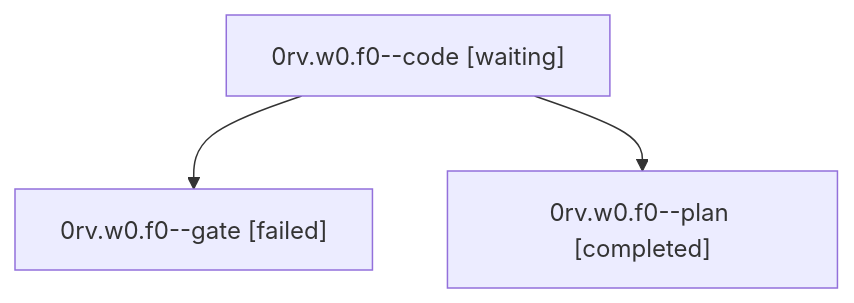
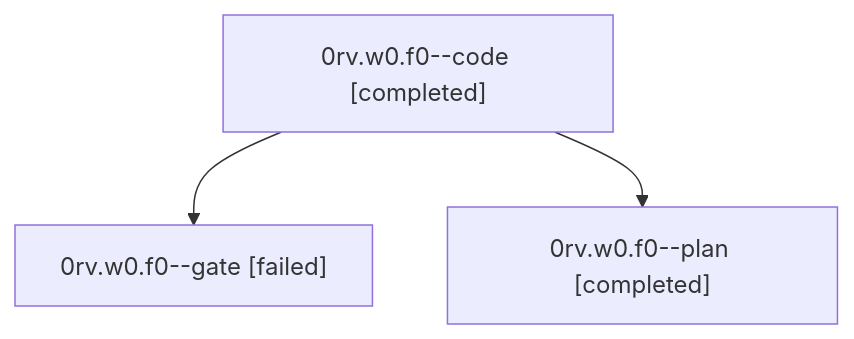
Before and after one commit to sase-org/sase--agents: the diagram in sessions/bbugyi200.athena.0rv.w0.f0.md, drawn with Mermaid. The commit also changed other lines of this file and 22 other files, not shown here.

````diff
--- a/sessions/bbugyi200.athena.0rv.w0.f0.md
+++ b/sessions/bbugyi200.athena.0rv.w0.f0.md
@@ -9,8 +9,8 @@
 ```mermaid
 flowchart TD
-  n0["0rv.w0.f0--code [waiting]"]
+  n0["0rv.w0.f0--code [completed]"]
   n1["0rv.w0.f0--gate [failed]"]
   n0 --> n1
   n2["0rv.w0.f0--plan [completed]"]
   n0 --> n2
 ```
````
